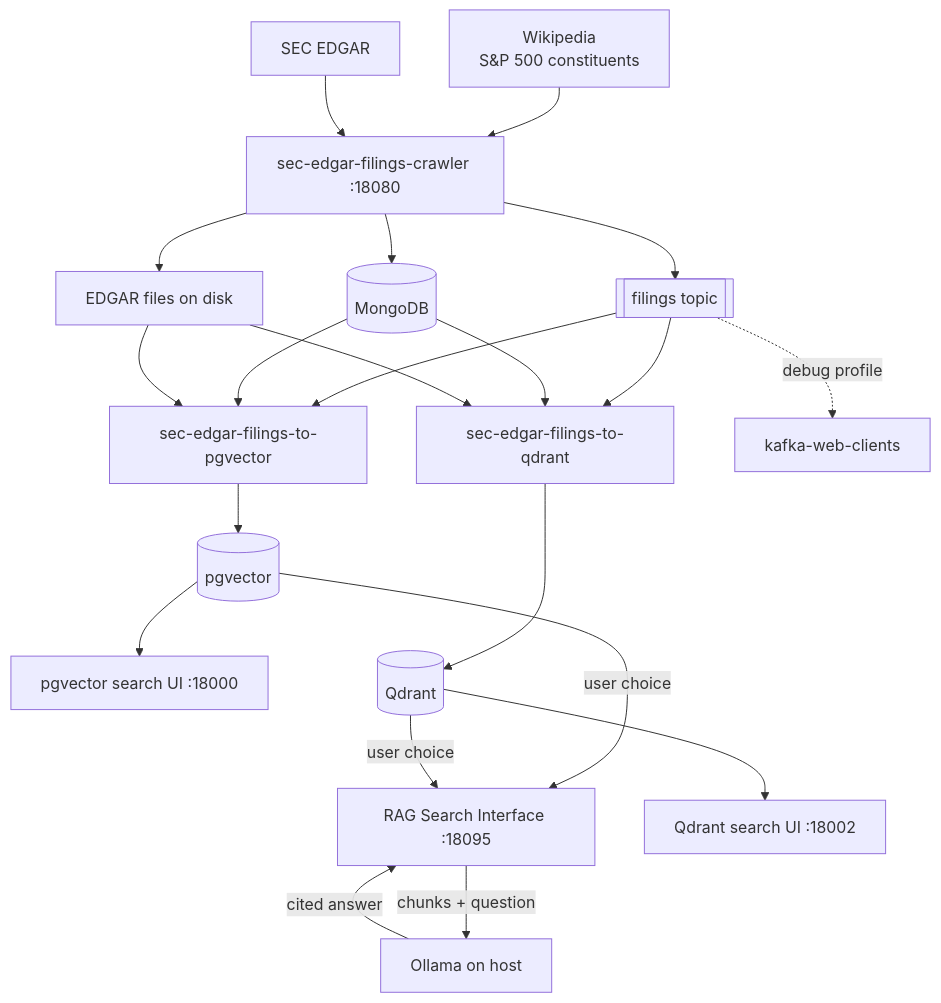
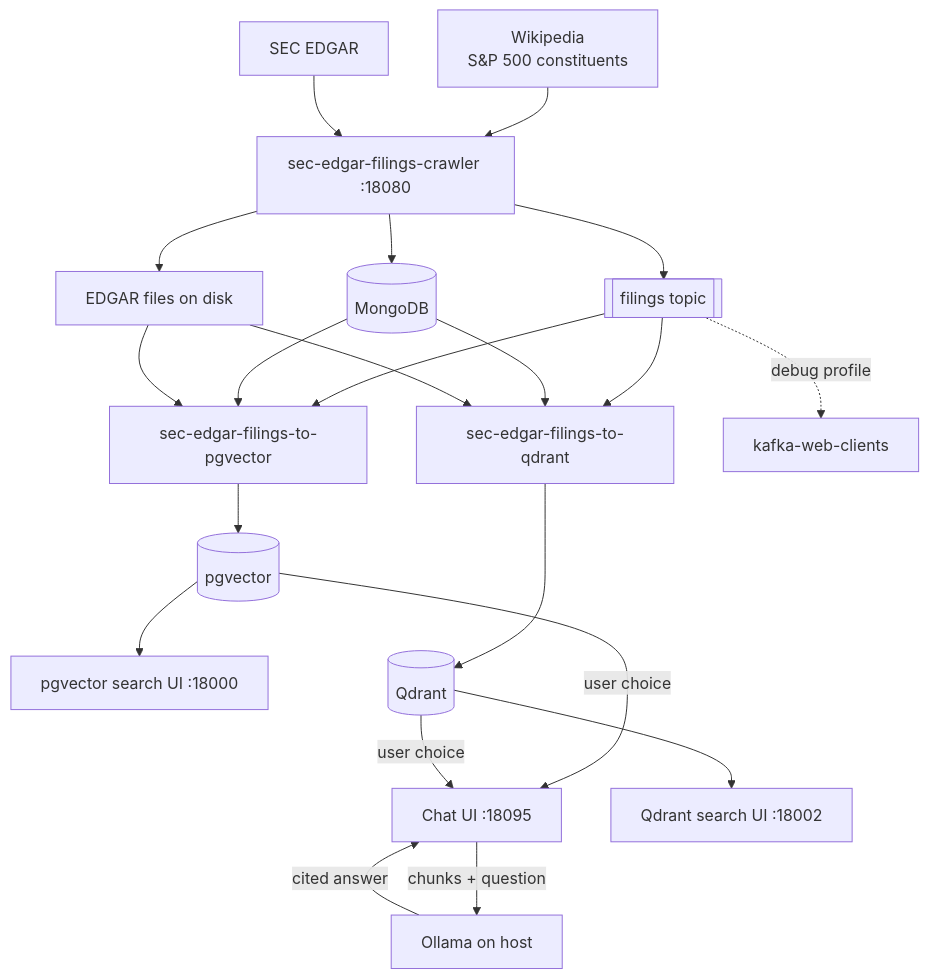
One commit to sanjuthomas/sec-edgar-filings-rag-demo changed the diagram in README.md. Above: the diagram before and after it, drawn with Mermaid. The commit also changed other lines of this file and 7 other files, not shown here.

````diff
--- a/README.md
+++ b/README.md
@@ -74,30 +74,30 @@
 ```mermaid
 flowchart TB
     Wiki["Wikipedia<br/>S&P 500 constituents"] --> Crawler["sec-edgar-filings-crawler :18080"]
     SEC["SEC EDGAR"] --> Crawler
     Crawler --> Mongo[("MongoDB")]
     Crawler --> Kafka[["filings topic"]]
     Crawler --> Disk["EDGAR files on disk"]
 
     Kafka --> PgETL["sec-edgar-filings-to-pgvector"]
     Kafka --> QdrantETL["sec-edgar-filings-to-qdrant"]
     Mongo --> PgETL
     Mongo --> QdrantETL
     Disk --> PgETL
     Disk --> QdrantETL
 
     PgETL --> PG[("pgvector")]
     QdrantETL --> Qdrant[("Qdrant")]
     PG ~~~ Qdrant
 
     PG --> PgSearch["pgvector search UI :18000"]
-    PG -->|"user choice"| RAG["RAG Search Interface :18095"]
-    Qdrant -->|"user choice"| RAG
+    PG -->|"user choice"| Chat["Chat UI :18095"]
+    Qdrant -->|"user choice"| Chat
     Qdrant --> QdrantSearch["Qdrant search UI :18002"]
-    RAG -->|"chunks + question"| Ollama["Ollama on host"]
-    Ollama -->|"cited answer"| RAG
+    Chat -->|"chunks + question"| Ollama["Ollama on host"]
+    Ollama -->|"cited answer"| Chat
 
-    PgSearch ~~~ RAG ~~~ Qdrant
+    PgSearch ~~~ Chat ~~~ Qdrant
 
     Kafka -.->|debug profile| KWC["kafka-web-clients"]
 ```
````
